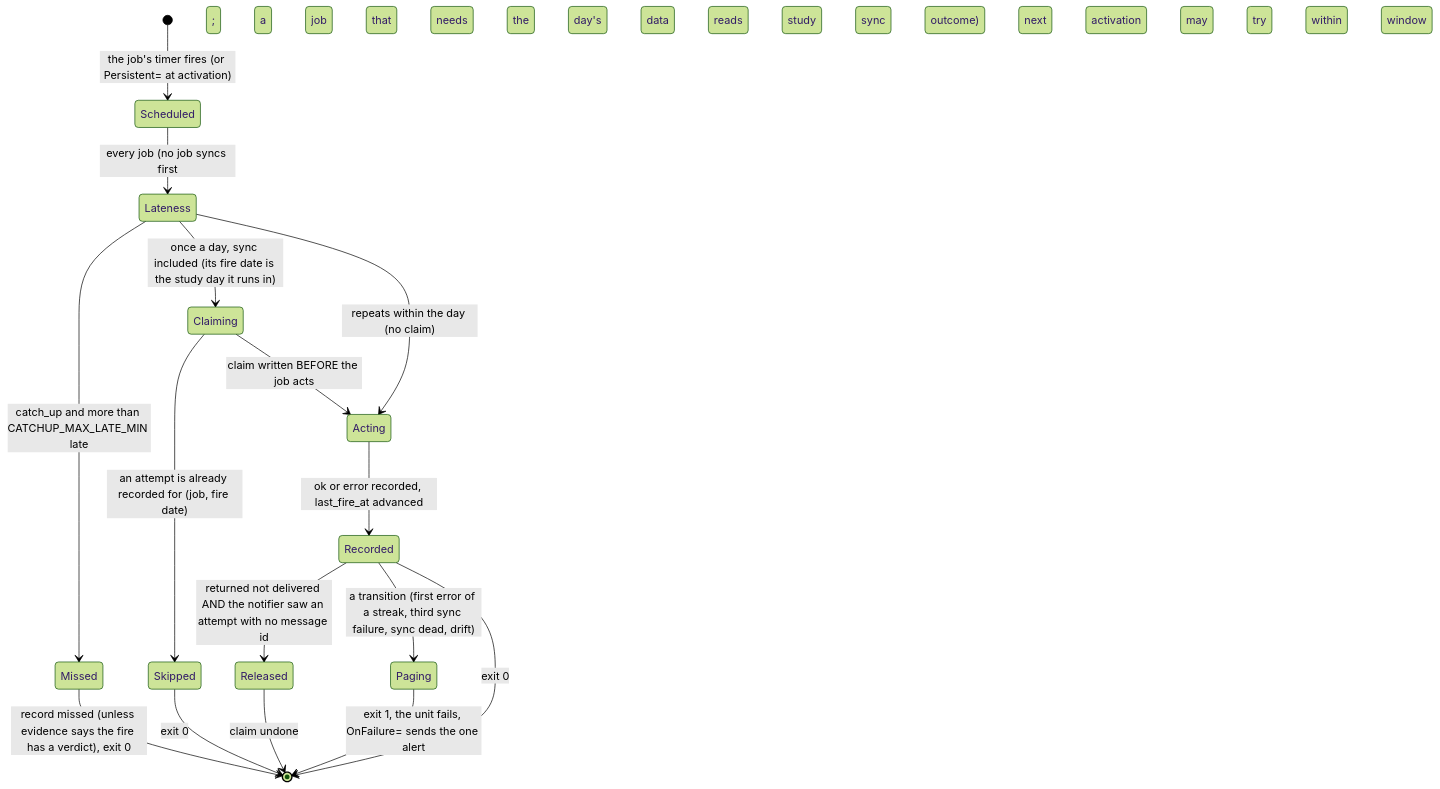
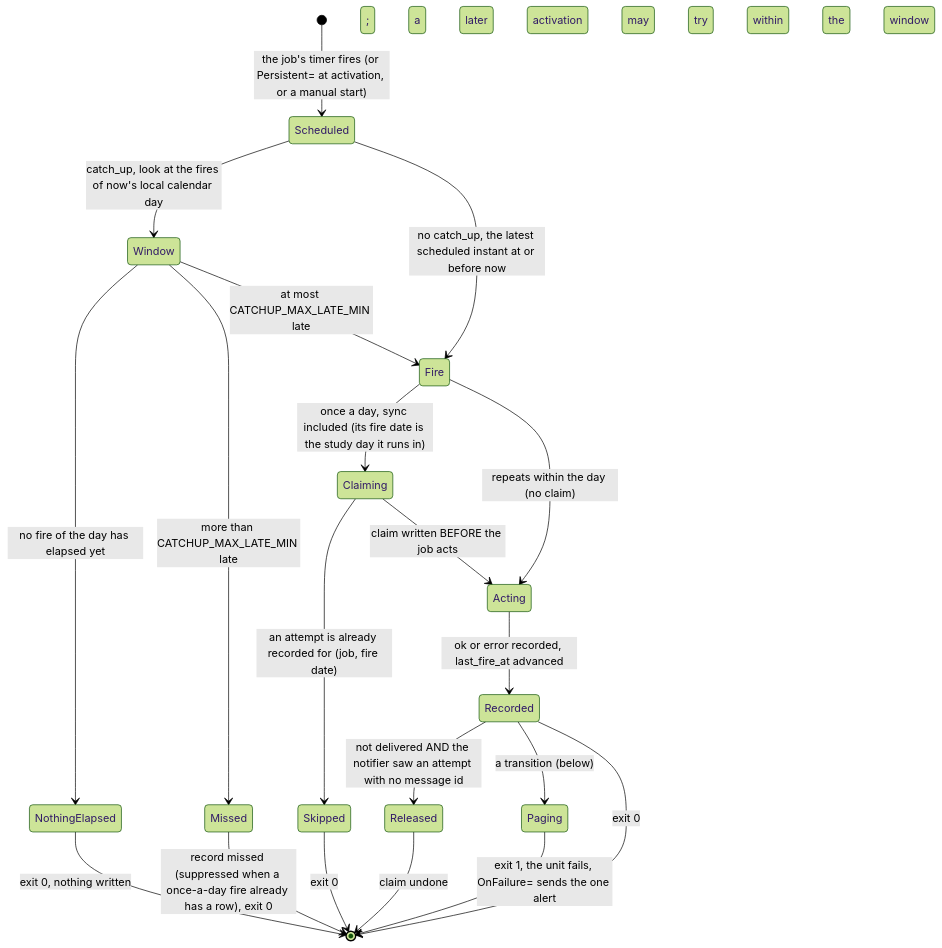
One commit to RexRenatus/deck-streak changed the first of 2 diagrams in docs/schematics/cron-fire-ledger-and-catch-up.md. Above: the diagram before and after it, drawn with Mermaid (forest theme). The commit also changed other lines of this file and 22 other files, not shown here.

````diff
--- a/docs/schematics/cron-fire-ledger-and-catch-up.md
+++ b/docs/schematics/cron-fire-ledger-and-catch-up.md
@@ -10,18 +13,22 @@
 ```mermaid
 stateDiagram-v2
-  [*] --> Scheduled: the job's timer fires (or Persistent= at activation)
-  Scheduled --> Lateness: every job (no job syncs first; a job that needs the day's data reads the study day's sync outcome)
-  Lateness --> Missed: catch_up and more than CATCHUP_MAX_LATE_MIN late
-  Missed --> [*]: record missed (unless evidence says the fire has a verdict), exit 0
-  Lateness --> Claiming: once a day, sync included (its fire date is the study day it runs in)
-  Lateness --> Acting: repeats within the day (no claim)
+  [*] --> Scheduled: the job's timer fires (or Persistent= at activation, or a manual start)
+  Scheduled --> Window: catch_up, look at the fires of now's local calendar day
+  Scheduled --> Fire: no catch_up, the latest scheduled instant at or before now
+  Window --> NothingElapsed: no fire of the day has elapsed yet
+  NothingElapsed --> [*]: exit 0, nothing written
+  Window --> Missed: more than CATCHUP_MAX_LATE_MIN late
+  Missed --> [*]: record missed (suppressed when a once-a-day fire already has a row), exit 0
+  Window --> Fire: at most CATCHUP_MAX_LATE_MIN late
+  Fire --> Claiming: once a day, sync included (its fire date is the study day it runs in)
+  Fire --> Acting: repeats within the day (no claim)
   Claiming --> Skipped: an attempt is already recorded for (job, fire date)
   Skipped --> [*]: exit 0
   Claiming --> Acting: claim written BEFORE the job acts
   Acting --> Recorded: ok or error recorded, last_fire_at advanced
-  Recorded --> Released: returned not delivered AND the notifier saw an attempt with no message id
-  Released --> [*]: claim undone; the next activation may try within the window
-  Recorded --> Paging: a transition (first error of a streak, third sync failure, sync dead, drift)
+  Recorded --> Released: not delivered AND the notifier saw an attempt with no message id
+  Released --> [*]: claim undone; a later activation may try within the window
+  Recorded --> Paging: a transition (below)
   Paging --> [*]: exit 1, the unit fails, OnFailure= sends the one alert
   Recorded --> [*]: exit 0
 ```
````
